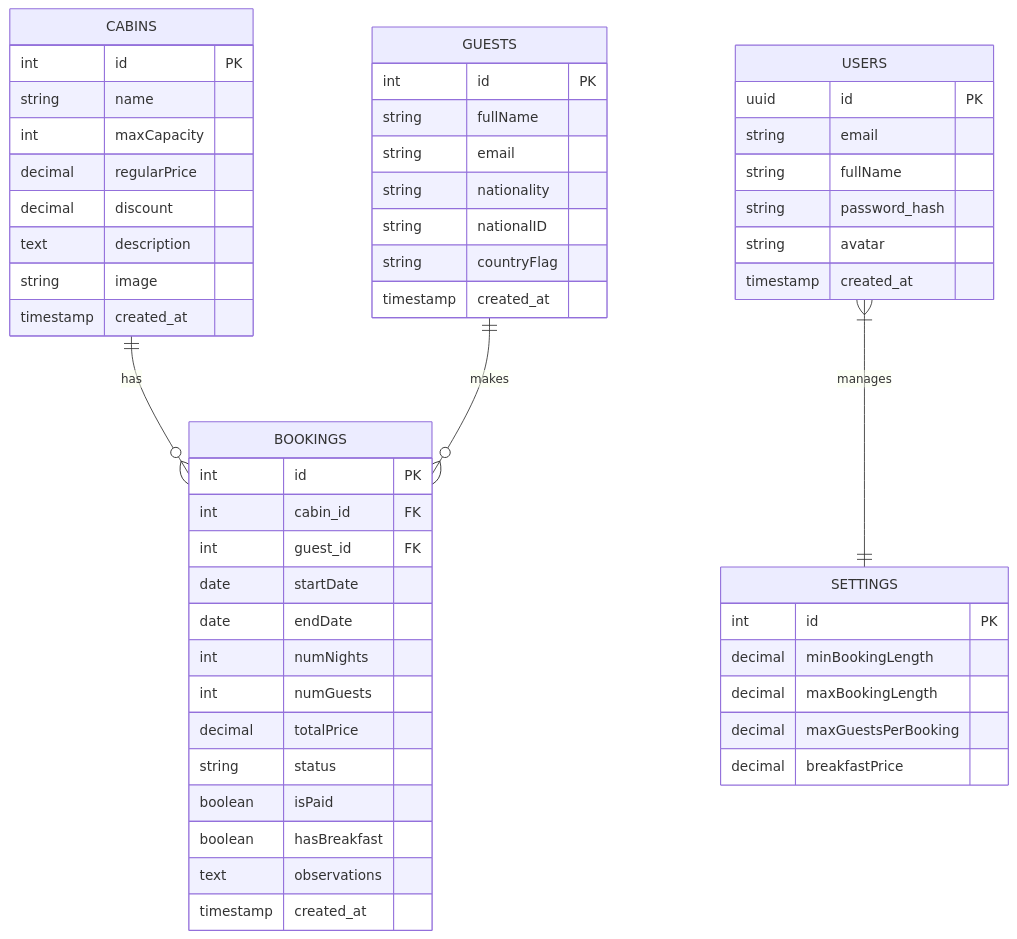
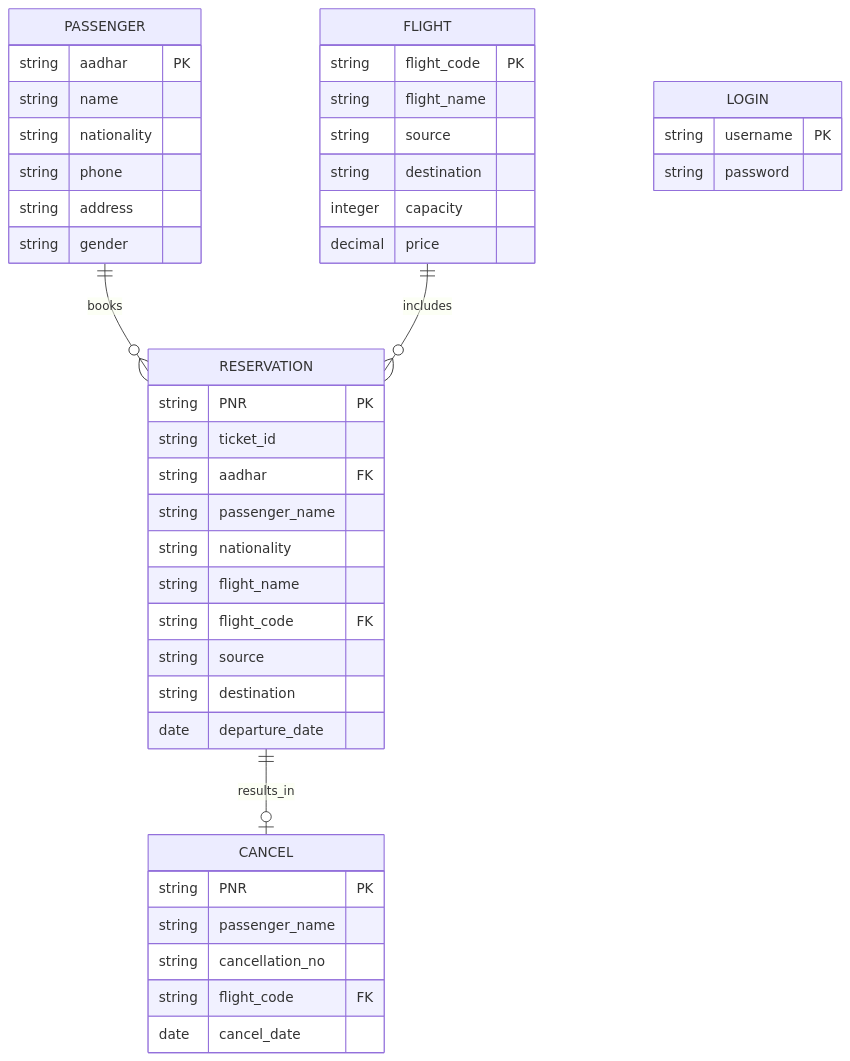
Before and after one commit to Barath-07-tech/codebase_doc: the diagram in docs/database.md, drawn with Mermaid. The commit also changed other lines of this file and 16 other files, not shown here.

````diff
--- a/docs/database.md
+++ b/docs/database.md
@@ -15,60 +16,45 @@
 ```mermaid
 erDiagram
-    CABINS ||--o{ BOOKINGS : has
-    GUESTS ||--o{ BOOKINGS : makes
-    USERS }|--|| SETTINGS : manages
-
-    CABINS {
-        int id PK
+    PASSENGER ||--o{ RESERVATION : books
+    FLIGHT ||--o{ RESERVATION : includes
+    RESERVATION ||--o| CANCEL : results_in
+    LOGIN {
+        string username PK
+        string password
+    }
+    PASSENGER {
+        string aadhar PK
         string name
-        int maxCapacity
-        decimal regularPrice
-        decimal discount
-        text description
-        string image
-        timestamp created_at
+        string nationality
+        string phone
+        string address
+        string gender
     }
-
-    BOOKINGS {
-        int id PK
-        int cabin_id FK
-        int guest_id FK
-        date startDate
-        date endDate
-        int numNights
-        int numGuests
-        decimal totalPrice
-        string status
-        boolean isPaid
-        boolean hasBreakfast
-        text observations
-        timestamp created_at
+    FLIGHT {
+        string flight_code PK
+        string flight_name
+        string source
+        string destination
+        integer capacity
+        decimal price
     }
-
-    GUESTS {
-        int id PK
-        string fullName
-        string email
+    RESERVATION {
+        string PNR PK
+        string ticket_id
+        string aadhar FK
+        string passenger_name
         string nationality
-        string nationalID
-        string countryFlag
-        timestamp created_at
+        string flight_name
+        string flight_code FK
+        string source
+        string destination
+        date departure_date
     }
-
-    USERS {
-        uuid id PK
-        string email
-        string fullName
-        string password_hash
-        string avatar
-        timestamp created_at
-    }
-
-    SETTINGS {
-        int id PK
-        decimal minBookingLength
-        decimal maxBookingLength
-        decimal maxGuestsPerBooking
-        decimal breakfastPrice
+    CANCEL {
+        string PNR PK
+        string passenger_name
+        string cancellation_no
+        string flight_code FK
+        date cancel_date
     }
 ```
````
